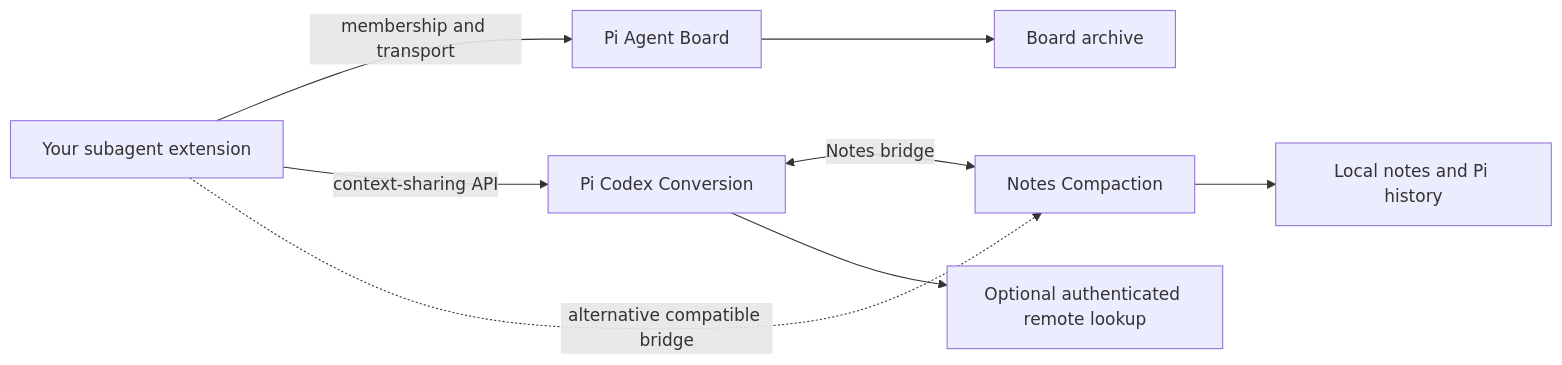
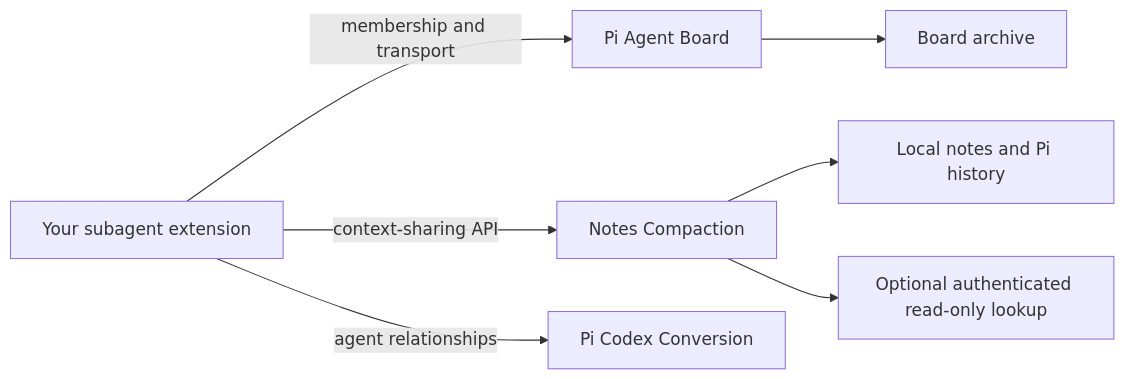
One commit to IgorWarzocha/howaboua-pi-stuff changed the first of 3 diagrams in docs/extension-apis.md. Above: the diagram before and after it, drawn with Mermaid. The commit also changed other lines of this file and 134 other files, not shown here.

````diff
--- a/docs/extension-apis.md
+++ b/docs/extension-apis.md
@@ -30,10 +28,9 @@
 ```mermaid
 flowchart LR
     Host["Your subagent extension"] -->|"membership and transport"| Board["Pi Agent Board"]
-    Host -->|"context-sharing API"| PCC["Pi Codex Conversion"]
-    PCC <-->|"Notes bridge"| Notes["Notes Compaction"]
-    Host -.->|"alternative compatible bridge"| Notes
+    Host -->|"context-sharing API"| Notes["Notes Compaction"]
+    Host -->|"agent relationships"| PCC["Pi Codex Conversion"]
     Board --> Archive["Board archive"]
     Notes --> Local["Local notes and Pi history"]
-    PCC --> Remote["Optional authenticated remote lookup"]
+    Notes --> Remote["Optional authenticated read-only lookup"]
 ```
````
